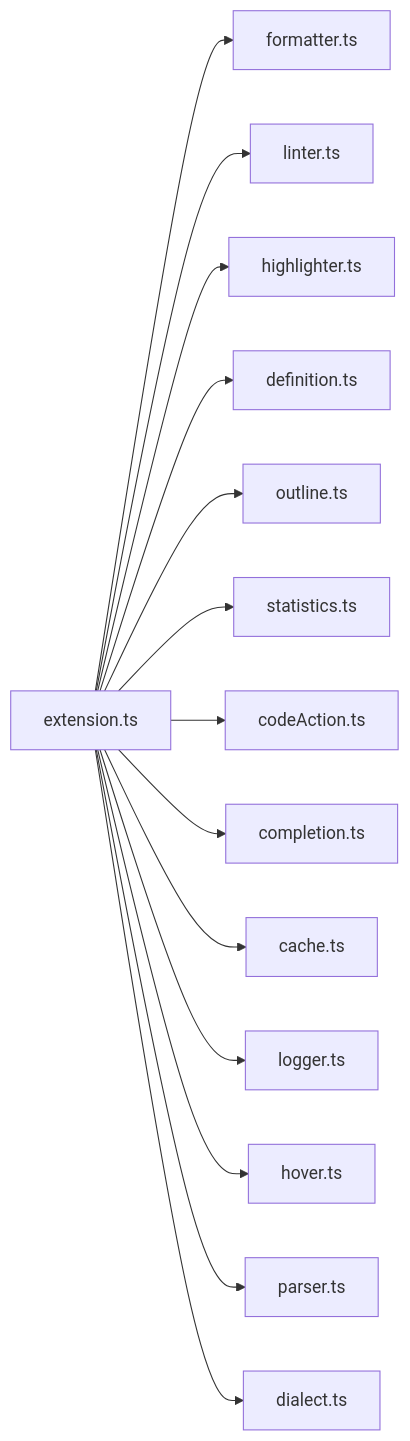
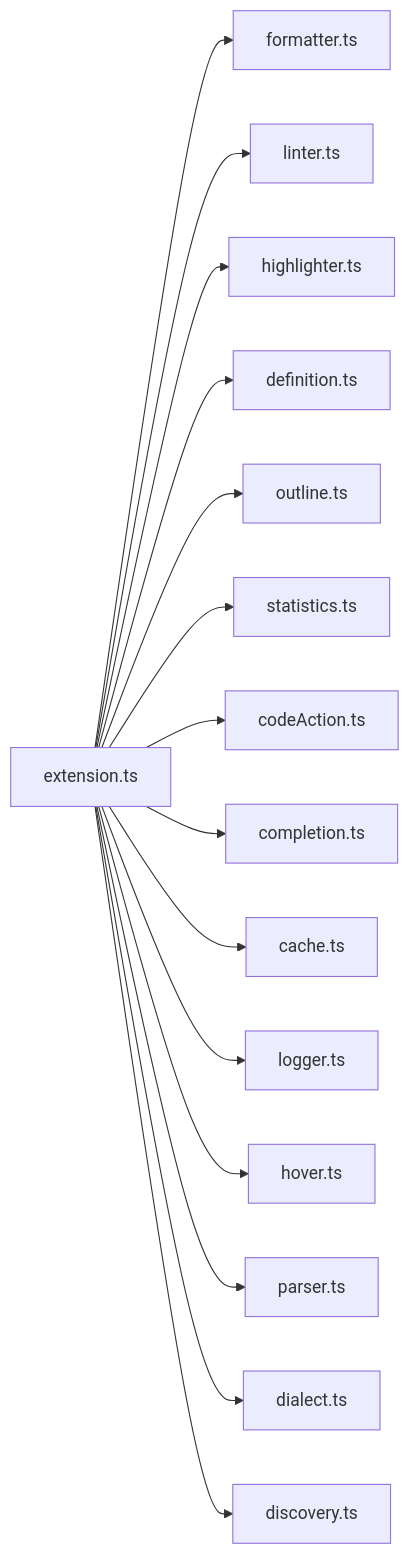
One commit to carlos-camara/vscode-gherkin-powertools changed the first of 3 diagrams in docs/ARCHITECTURE.md. Above: the diagram before and after it, drawn with Mermaid. The commit also changed other lines of this file and 3 other files, not shown here.

Commit message:
docs: update architecture, changelog, and configuration docs with file discovery changes

````diff
--- a/docs/ARCHITECTURE.md
+++ b/docs/ARCHITECTURE.md
@@ -13,16 +13,17 @@
 ```mermaid
 graph LR
     A[extension.ts] --> B[formatter.ts]
     A --> C[linter.ts]
     A --> D[highlighter.ts]
     A --> E[definition.ts]
     A --> F[outline.ts]
     A --> G[statistics.ts]
     A --> H[codeAction.ts]
     A --> I[completion.ts]
     A --> J[cache.ts]
     A --> K[logger.ts]
     A --> L[hover.ts]
     A --> M[parser.ts]
     A --> N[dialect.ts]
+    A --> O[discovery.ts]
 ```
````
